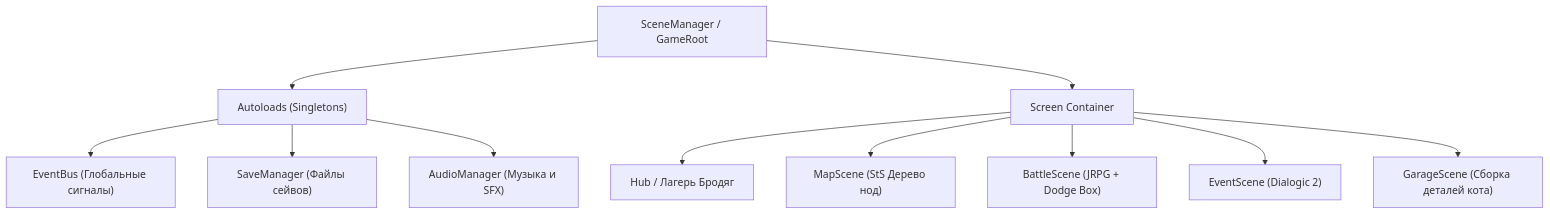
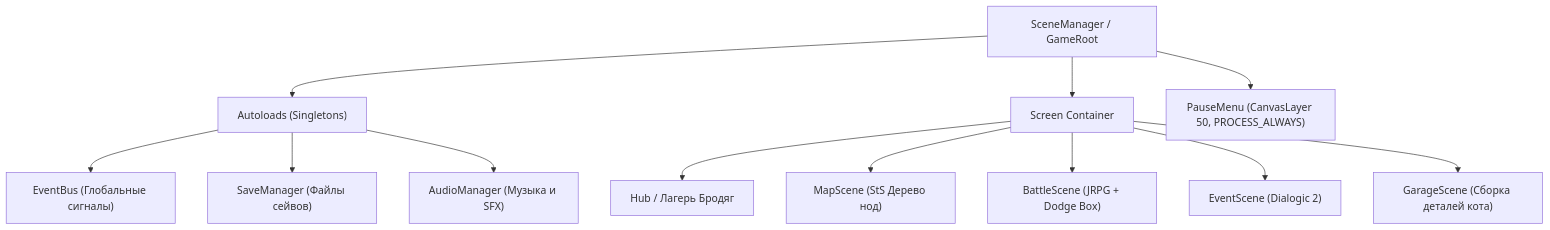
One commit to Necronir/xenocats changed the first of 2 diagrams in docs/ADRs/ADR-001-Architecture-Design-Record.md. Above: the diagram before and after it, drawn with Mermaid. The commit also changed other lines of this file and 28 other files, not shown here.

Commit message:
fix: update game controls and add pause menu

````diff
--- a/docs/ADRs/ADR-001-Architecture-Design-Record.md
+++ b/docs/ADRs/ADR-001-Architecture-Design-Record.md
@@ -49,14 +49,15 @@
 ```mermaid
 graph TD
     GameRoot["SceneManager / GameRoot"] --> Autoloads["Autoloads (Singletons)"]
     Autoloads --> EventBus["EventBus (Глобальные сигналы)"]
     Autoloads --> SaveManager["SaveManager (Файлы сейвов)"]
     Autoloads --> AudioManager["AudioManager (Музыка и SFX)"]
 
     GameRoot --> Viewports["Screen Container"]
+    GameRoot --> PauseMenu["PauseMenu (CanvasLayer 50, PROCESS_ALWAYS)"]
     Viewports --> HubScene["Hub / Лагерь Бродяг"]
     Viewports --> MapScene["MapScene (StS Дерево нод)"]
     Viewports --> BattleScene["BattleScene (JRPG + Dodge Box)"]
     Viewports --> EventScene["EventScene (Dialogic 2)"]
     Viewports --> GarageScene["GarageScene (Сборка деталей кота)"]
 ```
````
